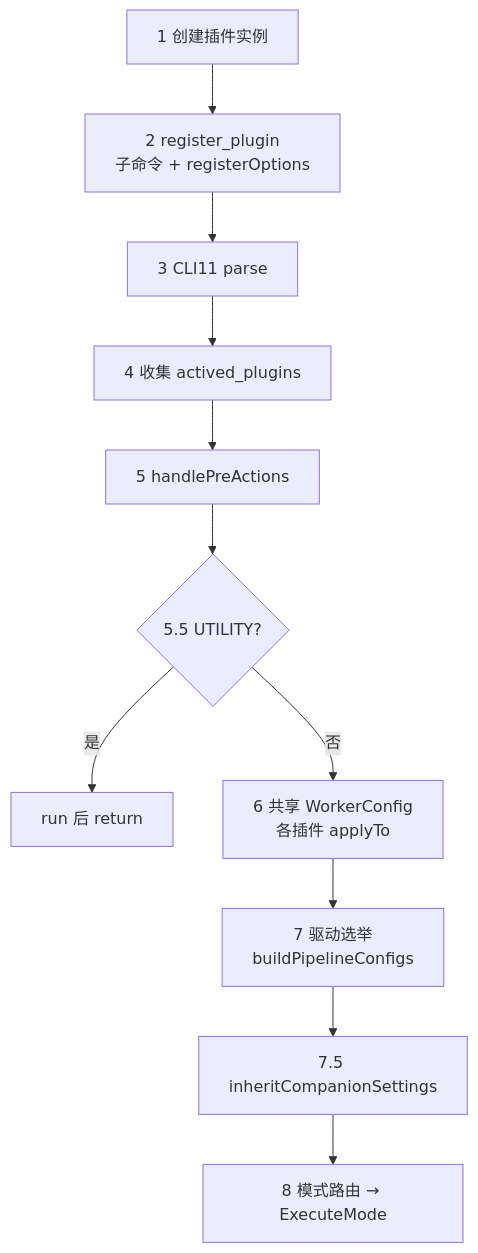
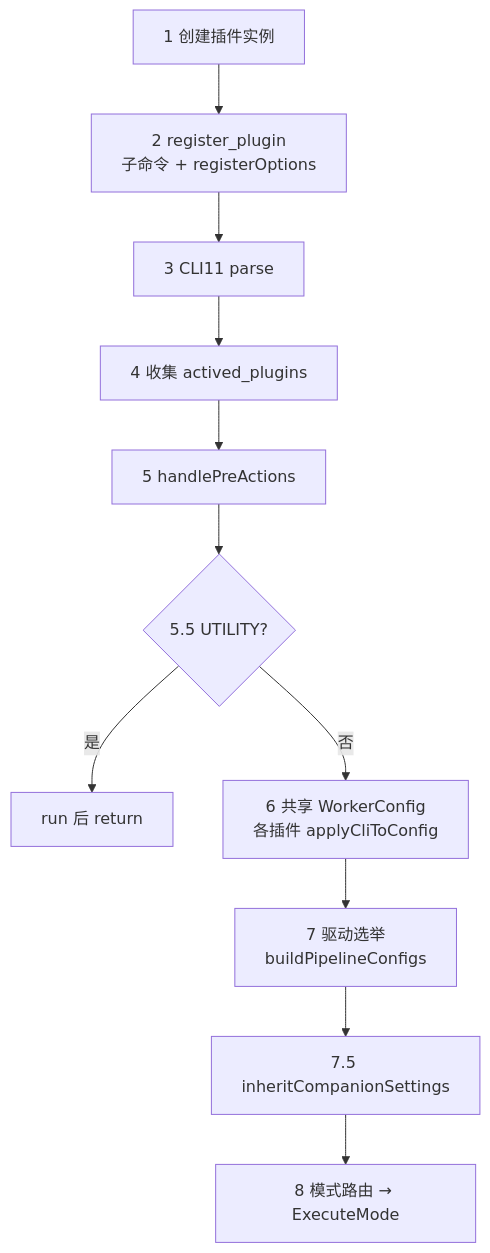
One commit to luoxiafeng-1990/components changed the diagram in doc/wiki/Application-Case-qa_cases-main.md. Above: the diagram before and after it, drawn with Mermaid. The commit also changed other lines of this file and 40 other files, not shown here.

First line of the commit message:
refactor(plugins): rename applyTo → applyCliToConfig

````diff
--- a/doc/wiki/Application-Case-qa_cases-main.md
+++ b/doc/wiki/Application-Case-qa_cases-main.md
@@ -52,13 +52,13 @@
 ```mermaid
 flowchart TD
   S1["1 创建插件实例"] --> S2["2 register_plugin<br/>子命令 + registerOptions"]
   S2 --> S3["3 CLI11 parse"]
   S3 --> S4["4 收集 actived_plugins"]
   S4 --> S5["5 handlePreActions"]
   S5 --> S55{"5.5 UTILITY?"}
   S55 -->|是| RUN["run 后 return"]
-  S55 -->|否| S6["6 共享 WorkerConfig<br/>各插件 applyTo"]
+  S55 -->|否| S6["6 共享 WorkerConfig<br/>各插件 applyCliToConfig"]
   S6 --> S7["7 驱动选举<br/>buildPipelineConfigs"]
   S7 --> S75["7.5 inheritCompanionSettings"]
   S75 --> S8["8 模式路由 → ExecuteMode"]
 ```
````
